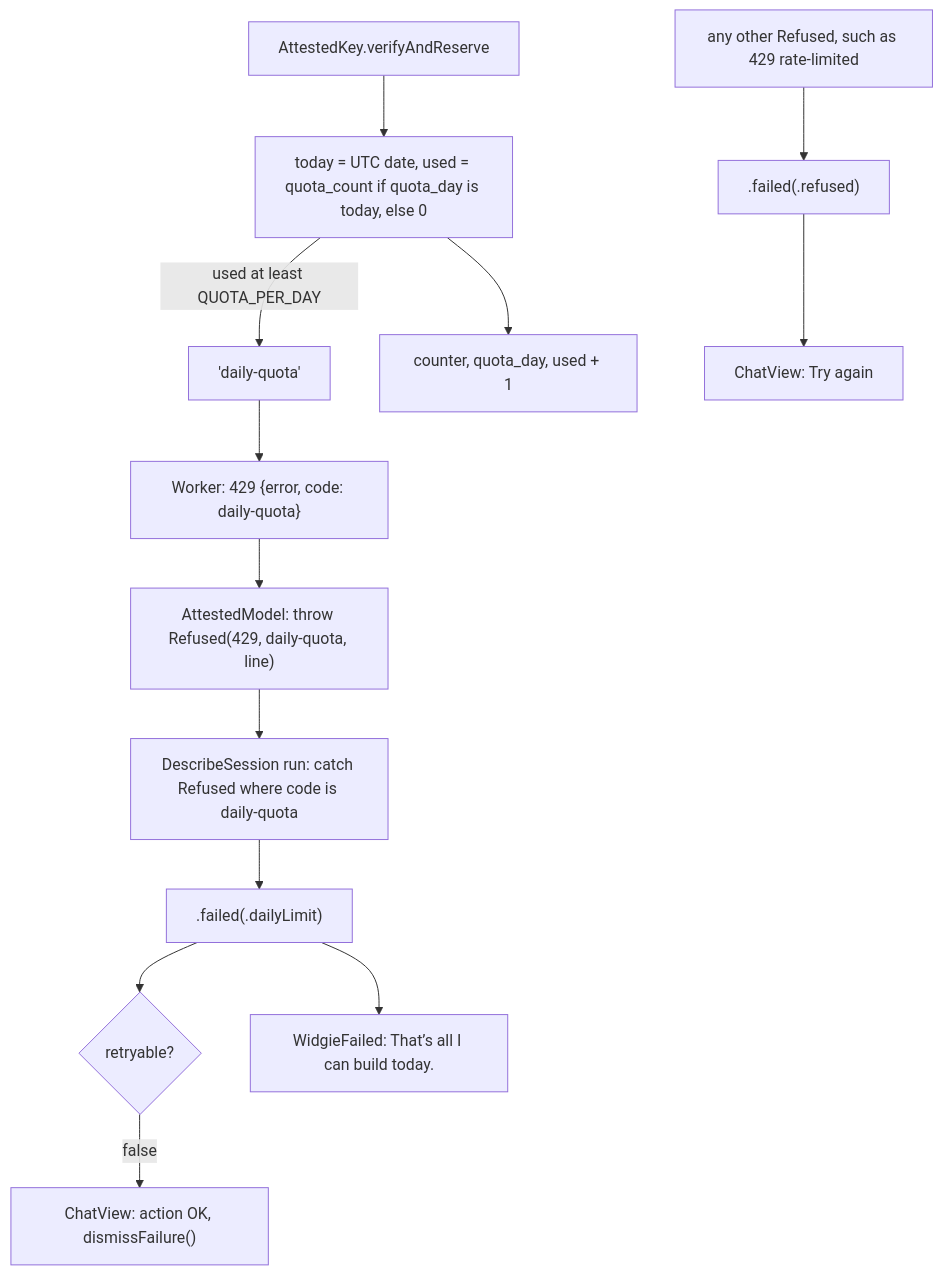
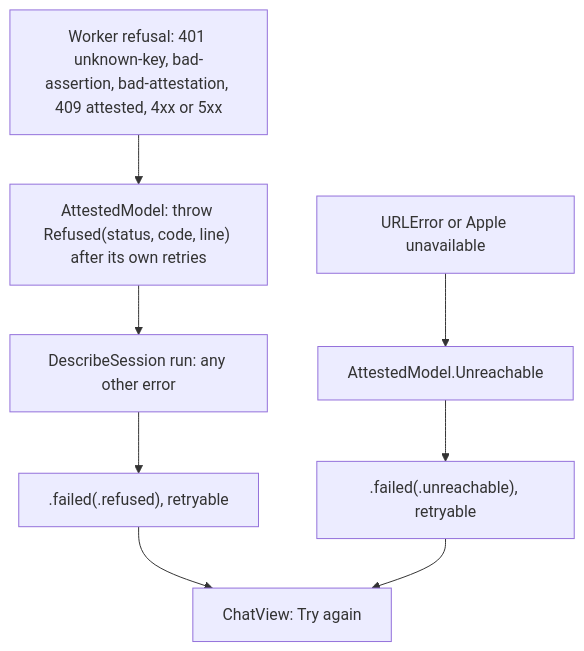
Before and after one commit to Krutik460/Widgie: the fifth of 7 diagrams in docs/pr/23-phase-2b-b2.md, drawn with Mermaid. The commit also changed other lines of this file and 22 other files, not shown here.

````diff
--- a/docs/pr/23-phase-2b-b2.md
+++ b/docs/pr/23-phase-2b-b2.md
@@ -163,15 +175,10 @@
 ```mermaid
 flowchart TD
-  DO["AttestedKey.verifyAndReserve"] --> DAY["today = UTC date, used = quota_count if quota_day is today, else 0"]
-  DAY -->|"used at least QUOTA_PER_DAY"| Q["'daily-quota'"]
-  DAY --> WRITE["counter, quota_day, used + 1"]
-  Q --> W429["Worker: 429 {error, code: daily-quota}"]
-  W429 --> REF["AttestedModel: throw Refused(429, daily-quota, line)"]
-  REF --> DS["DescribeSession run: catch Refused where code is daily-quota"]
-  DS --> FAIL[".failed(.dailyLimit)"]
-  OTHER["any other Refused, such as 429 rate-limited"] --> REFUSED[".failed(.refused)"]
-  FAIL --> RET{"retryable?"}
-  RET -->|"false"| OK["ChatView: action OK, dismissFailure()"]
-  FAIL --> MSG["WidgieFailed: That’s all I can build today."]
+  W["Worker refusal: 401 unknown-key, bad-assertion, bad-attestation, 409 attested, 4xx or 5xx"] --> REF["AttestedModel: throw Refused(status, code, line) after its own retries"]
+  NET["URLError or Apple unavailable"] --> UNR["AttestedModel.Unreachable"]
+  REF --> DS1["DescribeSession run: any other error"]
+  DS1 --> REFUSED[".failed(.refused), retryable"]
+  UNR --> UNREACH[".failed(.unreachable), retryable"]
   REFUSED --> TRY["ChatView: Try again"]
+  UNREACH --> TRY
 ```
````
